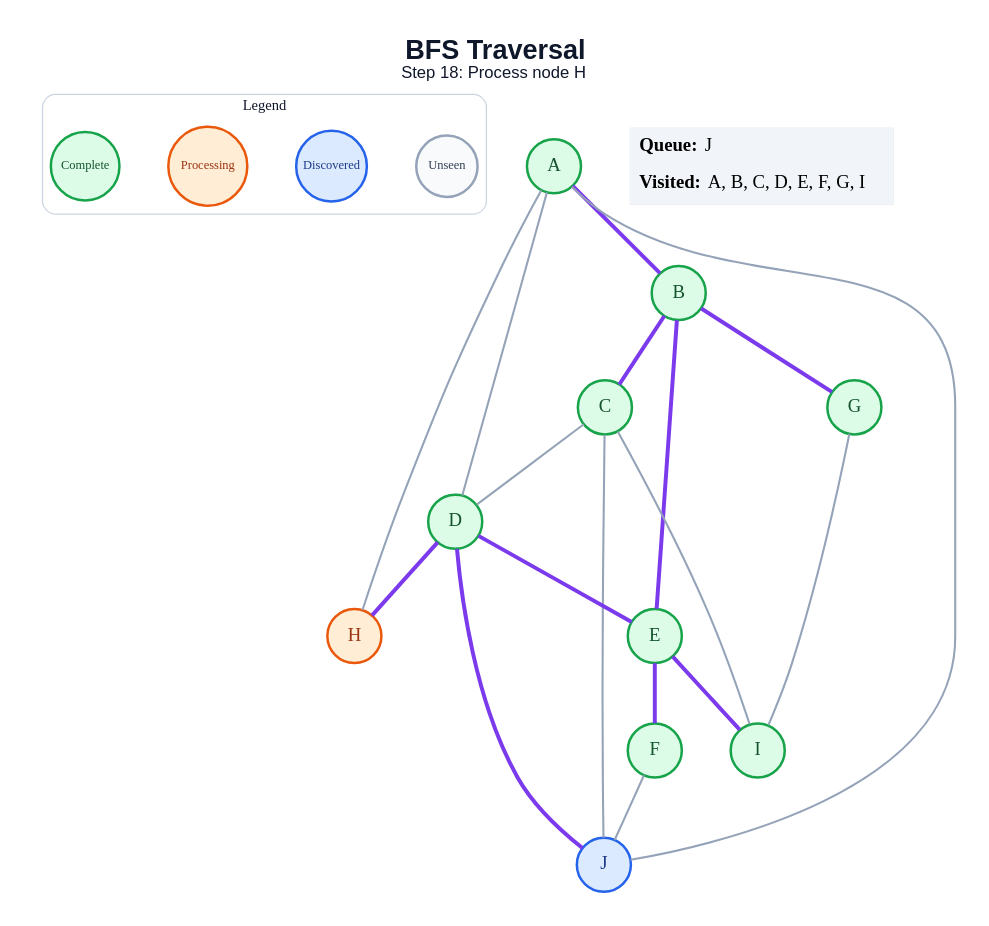
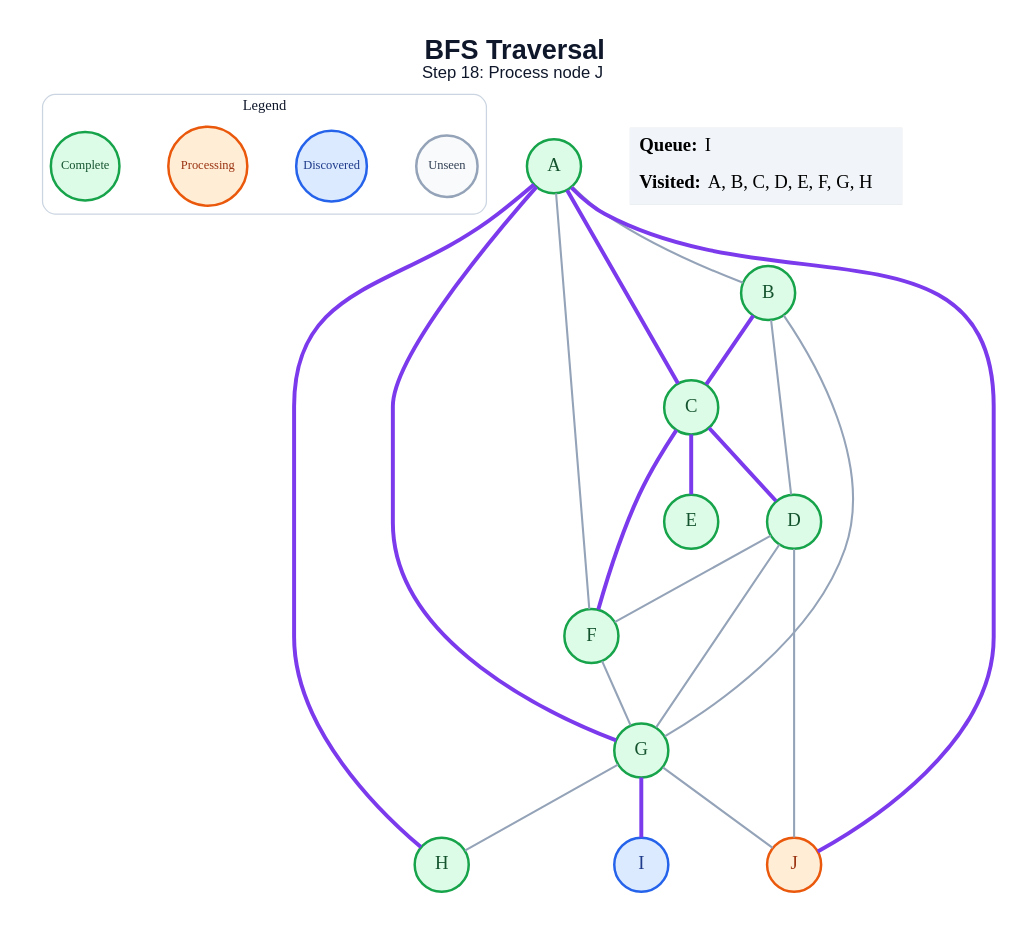
One commit to amanghodawala9/ai-slop changed the diagram in generated/specific-node/bfs/step_18.dot. Above: the diagram before and after it, drawn with Graphviz. The commit also changed 178 other files, not shown here.

```diff
--- a/generated/specific-node/bfs/step_18.dot
+++ b/generated/specific-node/bfs/step_18.dot
@@ -1,46 +1,48 @@
 graph traversal {
   graph [layout=dot, rankdir=TB, bgcolor="#FFFFFF", pad="0.35", nodesep="0.65", ranksep="0.8", fontname="Arial"];
   node [shape=circle, style="filled", fontname="Arial Bold", fontsize=18, width=0.72, fixedsize=true, penwidth=2.4];
   edge [color="#94A3B8", penwidth=2.0];
-  label=<<B>BFS Traversal</B><BR/><FONT POINT-SIZE="16">Step 18: Process node H</FONT>>; labelloc="t"; fontsize=26; fontname="Arial"; fontcolor="#0F172A";
+  label=<<B>BFS Traversal</B><BR/><FONT POINT-SIZE="16">Step 18: Process node J</FONT>>; labelloc="t"; fontsize=26; fontname="Arial"; fontcolor="#0F172A";
   subgraph cluster_legend { label="Legend"; color="#CBD5E1"; penwidth=1.2; style="rounded"; fontsize=14; fontname="Arial Bold";
     key_unseen [label="Unseen", fillcolor="#F8FAFC", color="#94A3B8", fontcolor="#334155", fontsize=12, width=0.82];
     key_frontier [label="Discovered", fillcolor="#DBEAFE", color="#2563EB", fontcolor="#1E3A8A", fontsize=12, width=0.95];
     key_current [label="Processing", fillcolor="#FFEDD5", color="#EA580C", fontcolor="#9A3412", fontsize=12, width=1.05];
     key_done [label="Complete", fillcolor="#DCFCE7", color="#16A34A", fontcolor="#14532D", fontsize=12, width=0.92];
     { rank=same; key_unseen; key_frontier; key_current; key_done; }
   }
   A [fillcolor="#DCFCE7", color="#16A34A", fontcolor="#14532D"];
   B [fillcolor="#DCFCE7", color="#16A34A", fontcolor="#14532D"];
   C [fillcolor="#DCFCE7", color="#16A34A", fontcolor="#14532D"];
   D [fillcolor="#DCFCE7", color="#16A34A", fontcolor="#14532D"];
   E [fillcolor="#DCFCE7", color="#16A34A", fontcolor="#14532D"];
   F [fillcolor="#DCFCE7", color="#16A34A", fontcolor="#14532D"];
   G [fillcolor="#DCFCE7", color="#16A34A", fontcolor="#14532D"];
-  H [fillcolor="#FFEDD5", color="#EA580C", fontcolor="#9A3412"];
-  I [fillcolor="#DCFCE7", color="#16A34A", fontcolor="#14532D"];
-  J [fillcolor="#DBEAFE", color="#2563EB", fontcolor="#1E3A8A"];
-  A -- B [color="#7C3AED", penwidth=3.8];
-  A -- D;
-  A -- H;
-  A -- J;
+  H [fillcolor="#DCFCE7", color="#16A34A", fontcolor="#14532D"];
+  I [fillcolor="#DBEAFE", color="#2563EB", fontcolor="#1E3A8A"];
+  J [fillcolor="#FFEDD5", color="#EA580C", fontcolor="#9A3412"];
+  A -- B;
+  A -- C [color="#7C3AED", penwidth=3.8];
+  A -- F;
+  A -- G [color="#7C3AED", penwidth=3.8];
+  A -- H [color="#7C3AED", penwidth=3.8];
+  A -- J [color="#7C3AED", penwidth=3.8];
   B -- C [color="#7C3AED", penwidth=3.8];
-  B -- E [color="#7C3AED", penwidth=3.8];
-  B -- G [color="#7C3AED", penwidth=3.8];
-  C -- D;
-  C -- I;
-  C -- J;
-  D -- E [color="#7C3AED", penwidth=3.8];
-  D -- H [color="#7C3AED", penwidth=3.8];
-  D -- J [color="#7C3AED", penwidth=3.8];
-  E -- F [color="#7C3AED", penwidth=3.8];
-  E -- I [color="#7C3AED", penwidth=3.8];
-  F -- J;
-  G -- I;
+  B -- D;
+  B -- G;
+  C -- D [color="#7C3AED", penwidth=3.8];
+  C -- E [color="#7C3AED", penwidth=3.8];
+  C -- F [color="#7C3AED", penwidth=3.8];
+  D -- F;
+  D -- G;
+  D -- J;
+  F -- G;
+  G -- H;
+  G -- I [color="#7C3AED", penwidth=3.8];
+  G -- J;
   status [shape=plain, fixedsize=false, width=0, height=0, margin=0, label=<
     <TABLE BORDER="0" CELLBORDER="0" CELLPADDING="7" BGCOLOR="#F1F5F9">
-      <TR><TD ALIGN="LEFT"><B>Queue:</B> J</TD></TR>
-      <TR><TD ALIGN="LEFT"><B>Visited:</B> A, B, C, D, E, F, G, I</TD></TR>
+      <TR><TD ALIGN="LEFT"><B>Queue:</B> I</TD></TR>
+      <TR><TD ALIGN="LEFT"><B>Visited:</B> A, B, C, D, E, F, G, H</TD></TR>
     </TABLE>
   >];
 }
```
